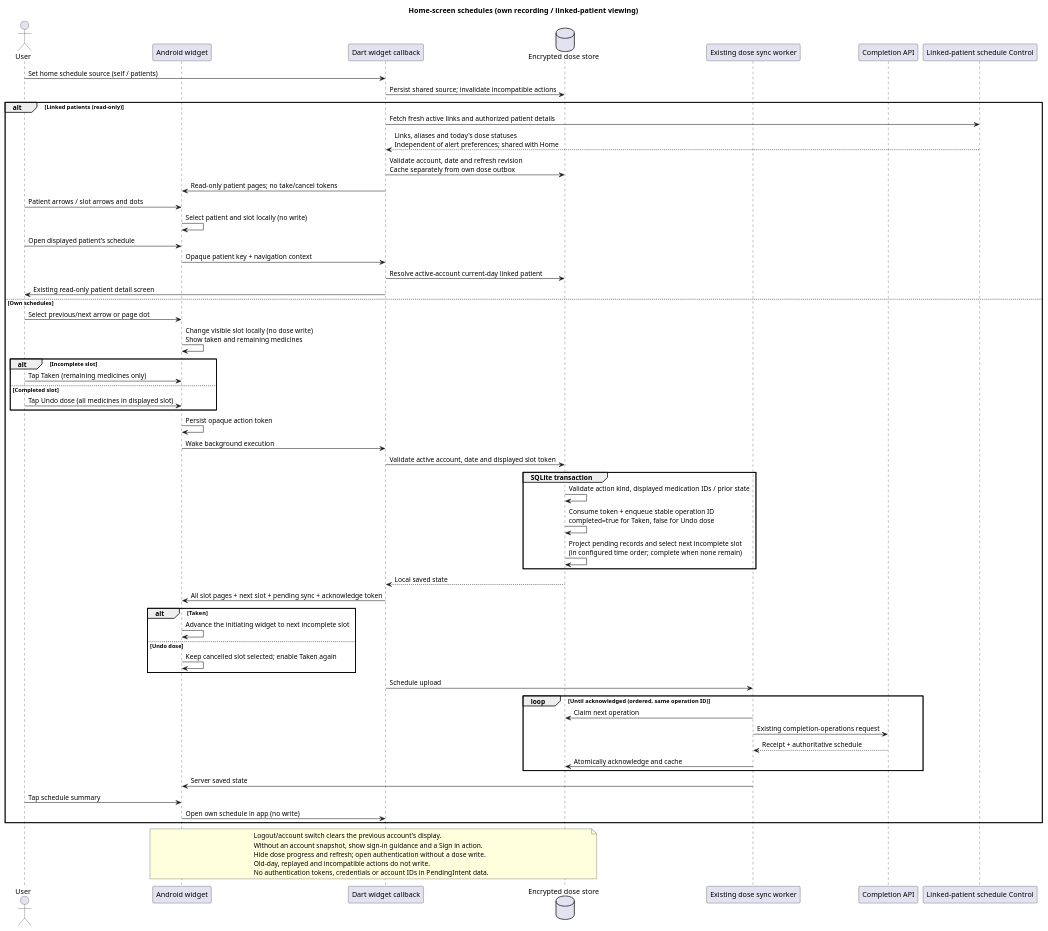
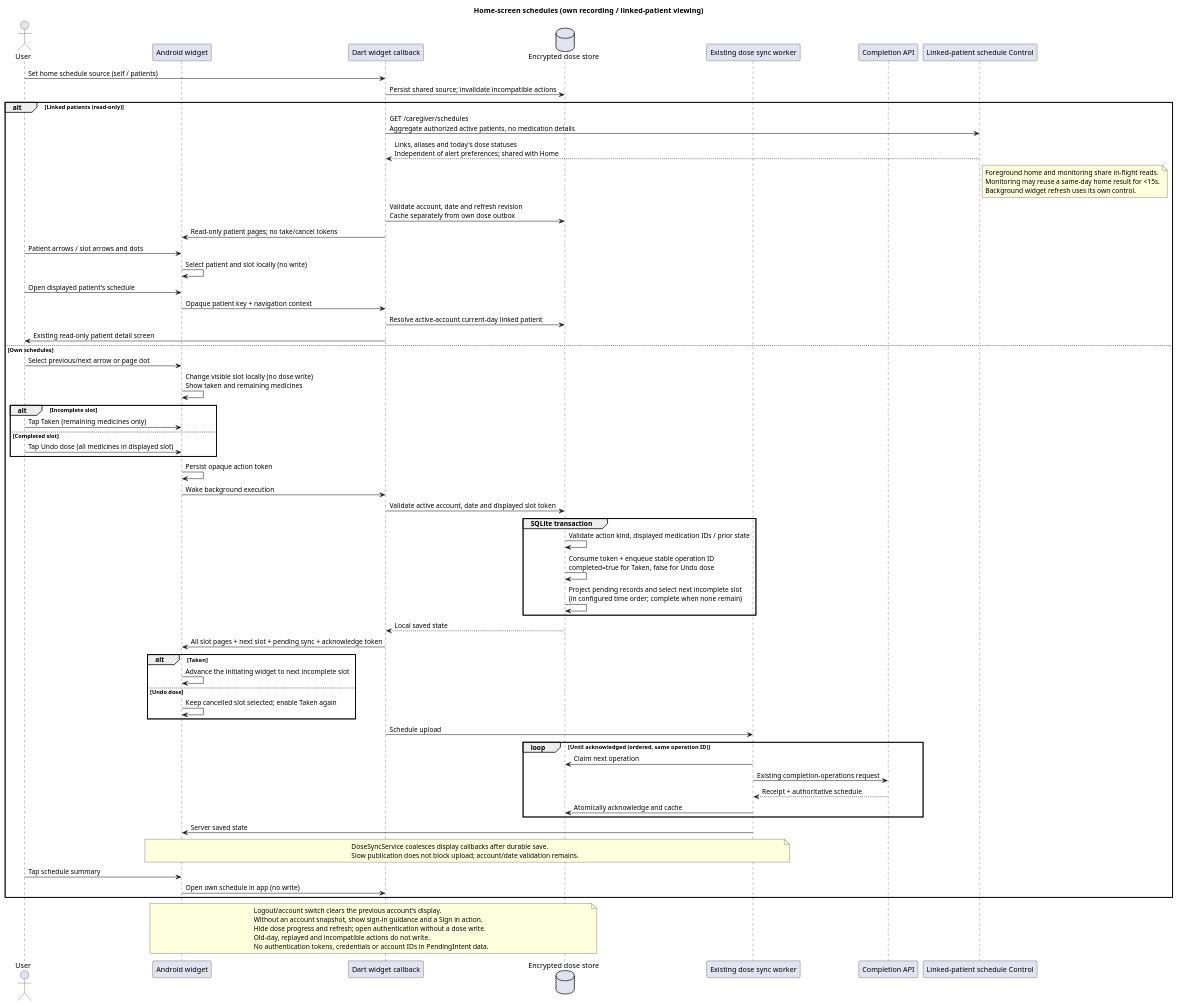
The diagram in docs/UML/sequence/HomeDoseWidget.puml (1window2/MedBuddy), drawn with PlantUML before and after one commit. The commit also changed 18 other files, not shown here.

First line of the commit message:
docs: document client refresh policies and validation

```diff
--- a/docs/UML/sequence/HomeDoseWidget.puml
+++ b/docs/UML/sequence/HomeDoseWidget.puml
@@ -1,66 +1,68 @@
 @startuml
 title Home-screen schedules (own recording / linked-patient viewing)
 actor User
 participant "Android widget" as Widget
 participant "Dart widget callback" as Callback
 database "Encrypted dose store" as Store
 participant "Existing dose sync worker" as Sync
 participant "Completion API" as API
 participant "Linked-patient schedule Control" as Schedules
 
 User -> Callback: Set home schedule source (self / patients)
 Callback -> Store: Persist shared source; invalidate incompatible actions
 alt Linked patients (read-only)
-Callback -> Schedules: Fetch fresh active links and authorized patient details
+Callback -> Schedules: GET /caregiver/schedules\nAggregate authorized active patients, no medication details
 Schedules --> Callback: Links, aliases and today's dose statuses\nIndependent of alert preferences; shared with Home
+note right of Schedules: Foreground home and monitoring share in-flight reads.\nMonitoring may reuse a same-day home result for <15s.\nBackground widget refresh uses its own control.
 Callback -> Store: Validate account, date and refresh revision\nCache separately from own dose outbox
 Callback -> Widget: Read-only patient pages; no take/cancel tokens
 User -> Widget: Patient arrows / slot arrows and dots
 Widget -> Widget: Select patient and slot locally (no write)
 User -> Widget: Open displayed patient's schedule
 Widget -> Callback: Opaque patient key + navigation context
 Callback -> Store: Resolve active-account current-day linked patient
 Callback -> User: Existing read-only patient detail screen
 else Own schedules
 
 User -> Widget: Select previous/next arrow or page dot
 Widget -> Widget: Change visible slot locally (no dose write)\nShow taken and remaining medicines
 alt Incomplete slot
 User -> Widget: Tap Taken (remaining medicines only)
 else Completed slot
 User -> Widget: Tap Undo dose (all medicines in displayed slot)
 end
 Widget -> Widget: Persist opaque action token
 Widget -> Callback: Wake background execution
 Callback -> Store: Validate active account, date and displayed slot token
 group SQLite transaction
 Store -> Store: Validate action kind, displayed medication IDs / prior state
 Store -> Store: Consume token + enqueue stable operation ID\ncompleted=true for Taken, false for Undo dose
 Store -> Store: Project pending records and select next incomplete slot\n(in configured time order; complete when none remain)
 end
 Store --> Callback: Local saved state
 Callback -> Widget: All slot pages + next slot + pending sync + acknowledge token
 alt Taken
 Widget -> Widget: Advance the initiating widget to next incomplete slot
 else Undo dose
 Widget -> Widget: Keep cancelled slot selected; enable Taken again
 end
 Callback -> Sync: Schedule upload
 loop Until acknowledged (ordered, same operation ID)
 Sync -> Store: Claim next operation
 Sync -> API: Existing completion-operations request
 API --> Sync: Receipt + authoritative schedule
 Sync -> Store: Atomically acknowledge and cache
 end
 Sync -> Widget: Server saved state
+note over Sync,Widget: DoseSyncService coalesces display callbacks after durable save.\nSlow publication does not block upload; account/date validation remains.
 User -> Widget: Tap schedule summary
 Widget -> Callback: Open own schedule in app (no write)
 end
 note over Widget,Store
 Logout/account switch clears the previous account's display.
 Without an account snapshot, show sign-in guidance and a Sign in action.
 Hide dose progress and refresh; open authentication without a dose write.
 Old-day, replayed and incompatible actions do not write.
 No authentication tokens, credentials or account IDs in PendingIntent data.
 end note
 @enduml
```
